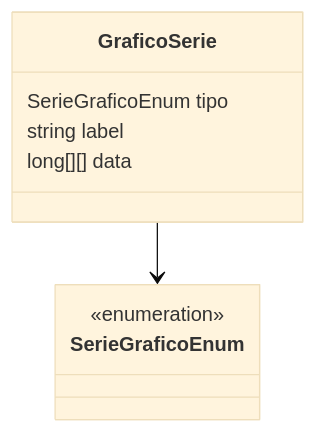
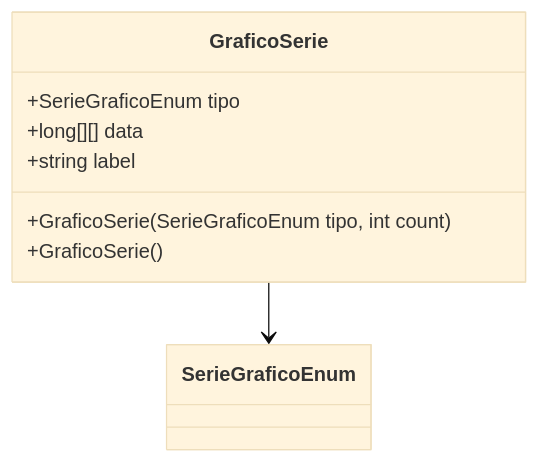
Before and after one commit to IsthmusSistemas/documentacao-tecnica: the diagram in docs/b2b-dominio/IsthmusWinthor.Nucleo/IsthmusWinthor.Dominio/Analytics/Graficos/GraficoSerie.md, drawn with Mermaid (base theme). The commit also changed other lines of this file and 882 other files, not shown here.

````diff
--- a/docs/b2b-dominio/IsthmusWinthor.Nucleo/IsthmusWinthor.Dominio/Analytics/Graficos/GraficoSerie.md
+++ b/docs/b2b-dominio/IsthmusWinthor.Nucleo/IsthmusWinthor.Dominio/Analytics/Graficos/GraficoSerie.md
@@ -36,14 +26,12 @@
 ```mermaid
 classDiagram
     class GraficoSerie {
-        SerieGraficoEnum tipo
-        string label
-        long[][] data
-    }
-
-    class SerieGraficoEnum {
-        <<enumeration>>
+        +SerieGraficoEnum tipo
+        +long[][] data
+        +string label
+        +GraficoSerie(SerieGraficoEnum tipo, int count)
+        +GraficoSerie()
     }
 
     GraficoSerie --> SerieGraficoEnum
 ```
````
